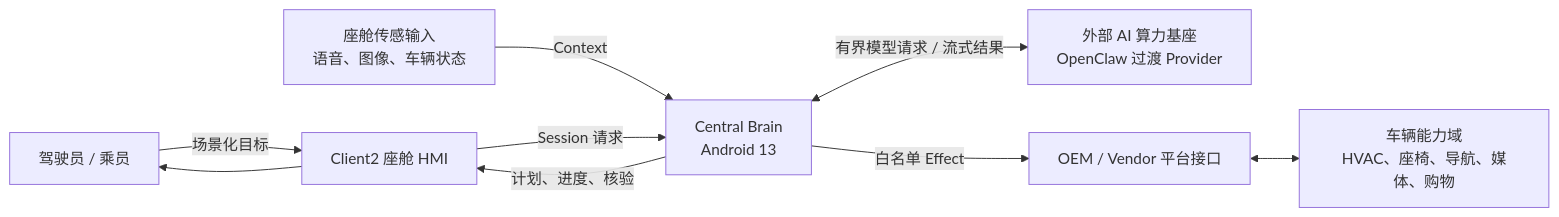
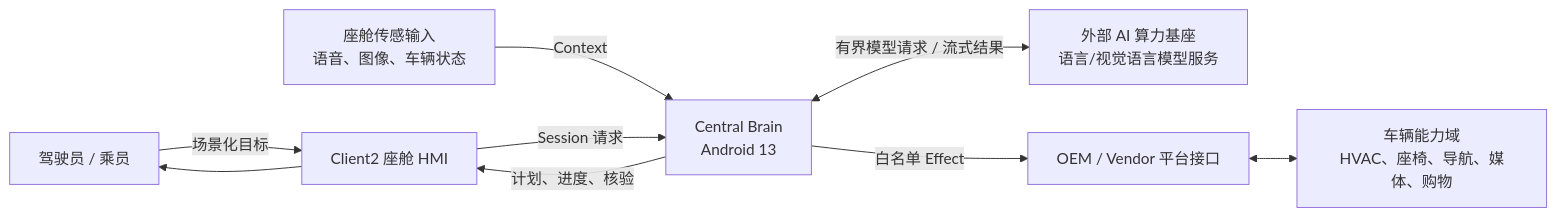
One commit to LucasWEIchen/CougarOS changed the first of 15 diagrams in docs/CENTRAL_BRAIN_SOFTWARE_ARCHITECTURE.md. Above: the diagram before and after it, drawn with Mermaid. The commit also changed other lines of this file and 22 other files, not shown here.

Commit message:
feat: establish direct model service architecture

````diff
--- a/docs/CENTRAL_BRAIN_SOFTWARE_ARCHITECTURE.md
+++ b/docs/CENTRAL_BRAIN_SOFTWARE_ARCHITECTURE.md
@@ -35,19 +35,19 @@
 ```mermaid
 flowchart LR
     Driver["驾驶员 / 乘员"]
     Cabin["座舱传感输入<br/>语音、图像、车辆状态"]
     Brain["Central Brain<br/>Android 13"]
-    AI["外部 AI 算力基座<br/>OpenClaw 过渡 Provider"]
+    AI["外部 AI 算力基座<br/>语言/视觉语言模型服务"]
     Vehicle["车辆能力域<br/>HVAC、座椅、导航、媒体、购物"]
     HMI["Client2 座舱 HMI"]
     OEM["OEM / Vendor 平台接口"]
 
     Driver -->|"场景化目标"| HMI
     Cabin -->|"Context"| Brain
     HMI -->|"Session 请求"| Brain
     Brain <-->|"有界模型请求 / 流式结果"| AI
     Brain -->|"白名单 Effect"| OEM
     OEM <--> Vehicle
     Brain -->|"计划、进度、核验"| HMI
     HMI --> Driver
 ```
````
